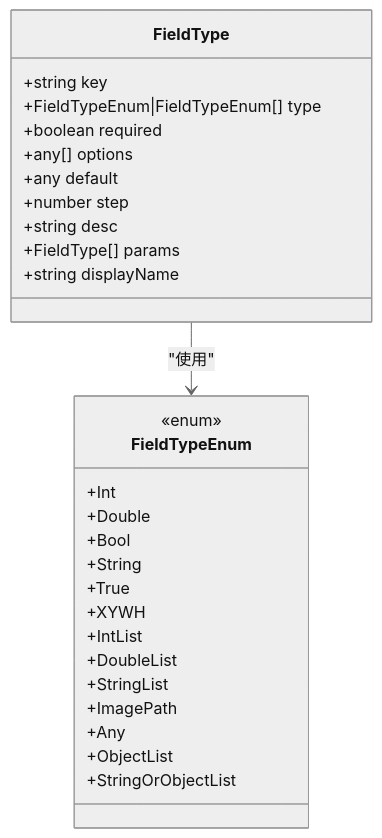
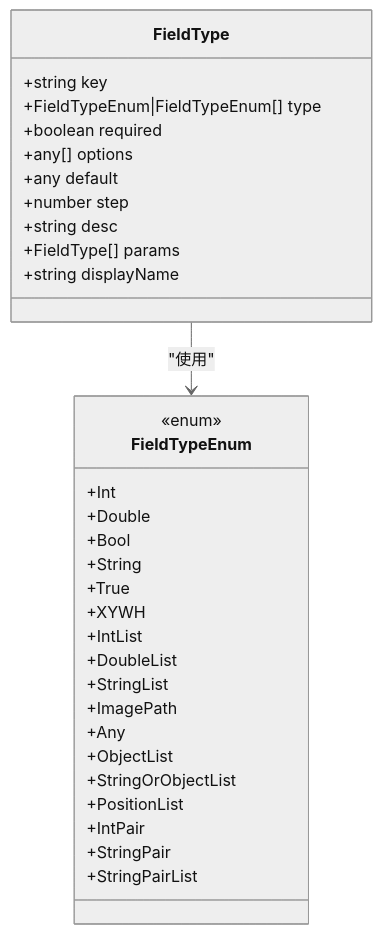
One commit to kqcoxn/MaaPipelineEditor changed the third of 9 diagrams in .qoder/repowiki/zh/content/字段配置系统/字段验证系统/字段验证系统.md. Above: the diagram before and after it, drawn with Mermaid (neutral theme). The commit also changed other lines of this file and 8 other files, not shown here.

````diff
--- a/.qoder/repowiki/zh/content/字段配置系统/字段验证系统/字段验证系统.md
+++ b/.qoder/repowiki/zh/content/字段配置系统/字段验证系统/字段验证系统.md
@@ -121,31 +133,35 @@
 ```mermaid
 classDiagram
 class FieldType {
 +string key
 +FieldTypeEnum|FieldTypeEnum[] type
 +boolean required
 +any[] options
 +any default
 +number step
 +string desc
 +FieldType[] params
 +string displayName
 }
 class FieldTypeEnum {
 <<enum>>
 +Int
 +Double
 +Bool
 +String
 +True
 +XYWH
 +IntList
 +DoubleList
 +StringList
 +ImagePath
 +Any
 +ObjectList
 +StringOrObjectList
++PositionList
++IntPair
++StringPair
++StringPairList
 }
 FieldType --> FieldTypeEnum : "使用"
 ```
````
